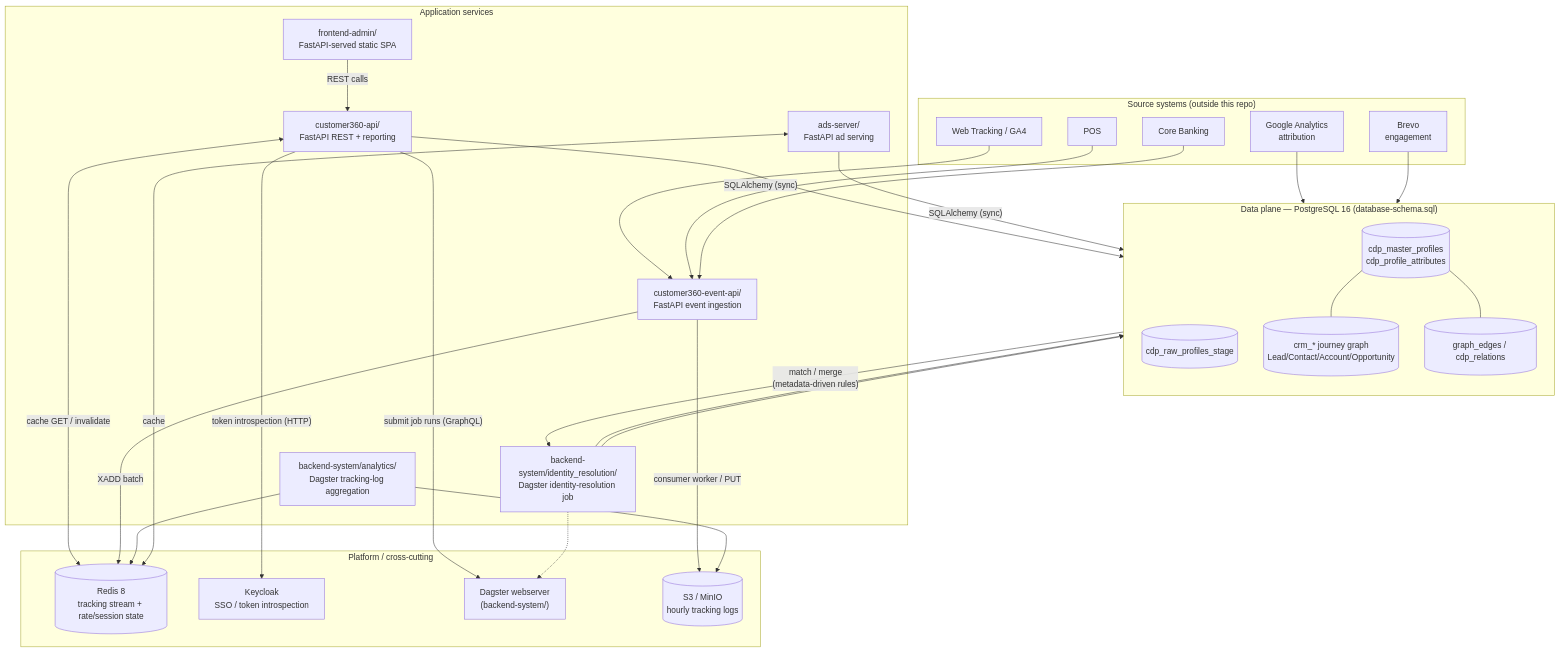
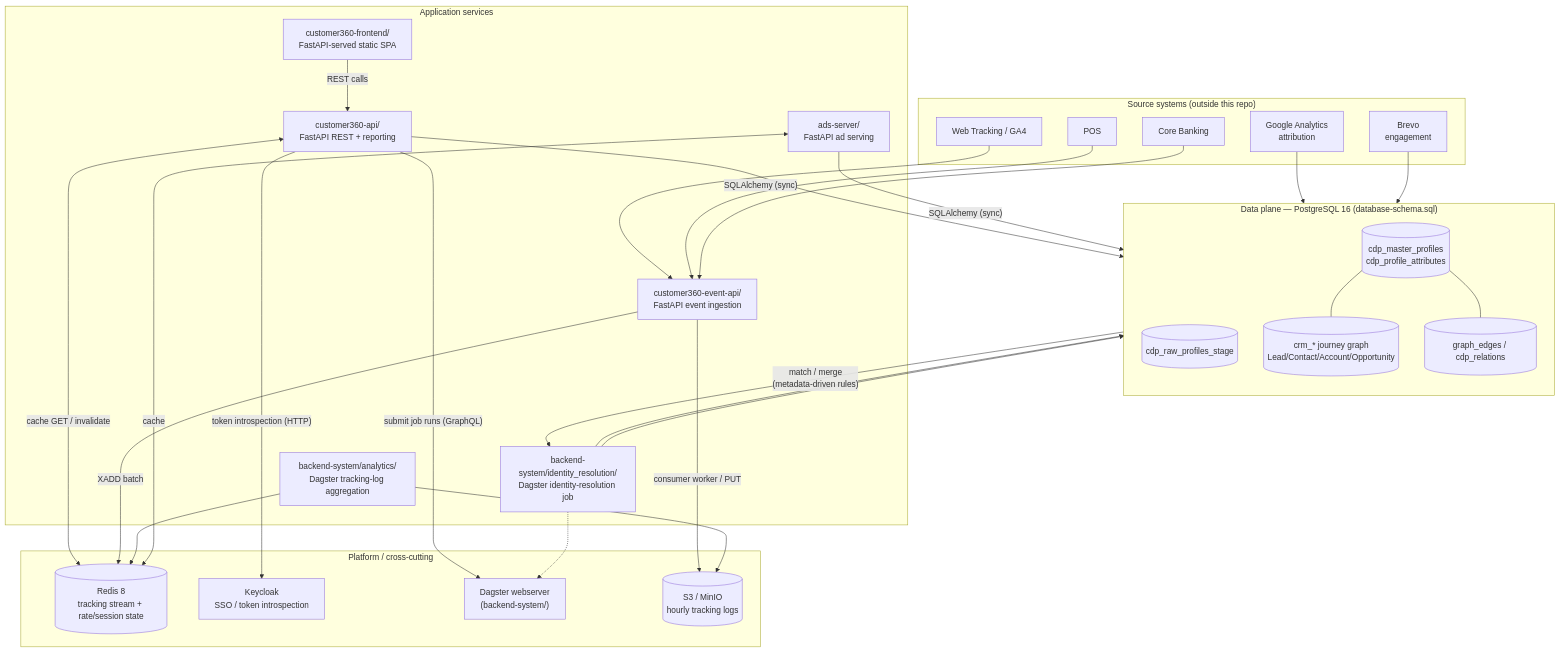
Before and after one commit to LEO-CDP/leo-customer360: the diagram in docs/architecture/TECHNICAL-DOCUMENTATION.md, drawn with Mermaid. The commit also changed other lines of this file and 133 other files, not shown here.

Commit message:
refactoring, rename folder frontend-admin to customer360-frontend

````diff
--- a/docs/architecture/TECHNICAL-DOCUMENTATION.md
+++ b/docs/architecture/TECHNICAL-DOCUMENTATION.md
@@ -49,60 +49,60 @@
 ```mermaid
 flowchart TB
     subgraph SOURCES["Source systems (outside this repo)"]
         AF[Google Analytics\nattribution]
         ME[Brevo\nengagement]
         WT[Web Tracking / GA4]
         POS[POS]
         CB[Core Banking]
     end
 
     subgraph DATA["Data plane — PostgreSQL 16 (database-schema.sql)"]
         direction TB
         RAW[(cdp_raw_profiles_stage)]
         MASTER[(cdp_master_profiles\ncdp_profile_attributes)]
         CRM[(crm_* journey graph\nLead/Contact/Account/Opportunity)]
         GRAPH[(graph_edges / cdp_relations)]
     end
 
     subgraph SERVICES["Application services"]
         CIR["backend-system/identity_resolution/\nDagster identity-resolution job"]
         ANALYTICS["backend-system/analytics/\nDagster tracking-log aggregation"]
         API["customer360-api/\nFastAPI REST + reporting"]
         TRACK["customer360-event-api/\nFastAPI event ingestion"]
         ADS["ads-server/\nFastAPI ad serving"]
-        UI["frontend-admin/\nFastAPI-served static SPA"]
+        UI["customer360-frontend/\nFastAPI-served static SPA"]
     end
 
     subgraph PLATFORM["Platform / cross-cutting"]
         REDIS[(Redis 8\ntracking stream + rate/session state)]
         KC[Keycloak\nSSO / token introspection]
         DAGSTER["Dagster webserver\n(backend-system/)"]
         OBJECTS[(S3 / MinIO\nhourly tracking logs)]
     end
 
     AF --> RAW
     ME --> RAW
     WT --> TRACK
     POS --> TRACK
     CB --> TRACK
 
     RAW -- "match / merge\n(metadata-driven rules)" --> CIR
     CIR --> MASTER
     CIR --> RAW
 
     MASTER --- CRM
     MASTER --- GRAPH
 
     API -- "SQLAlchemy (sync)" --> DATA
     API <-- "cache GET / invalidate" --> REDIS
     API -- "token introspection (HTTP)" --> KC
     API -- "submit job runs (GraphQL)" --> DAGSTER
     CIR -.-> DAGSTER
     TRACK -- "XADD batch" --> REDIS
     TRACK -- "consumer worker / PUT" --> OBJECTS
     ANALYTICS --> OBJECTS
     ANALYTICS --> REDIS
     ADS -- "SQLAlchemy (sync)" --> DATA
     ADS <-- "cache" --> REDIS
     UI -- "REST calls" --> API
 ```
````
